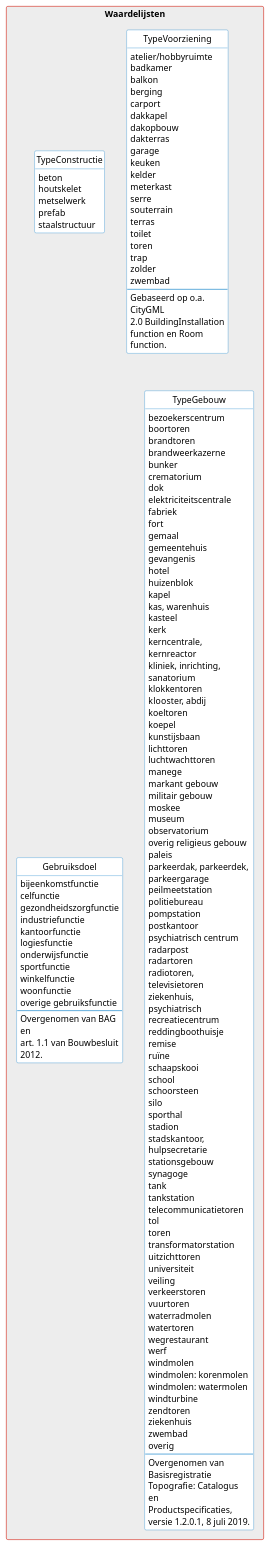
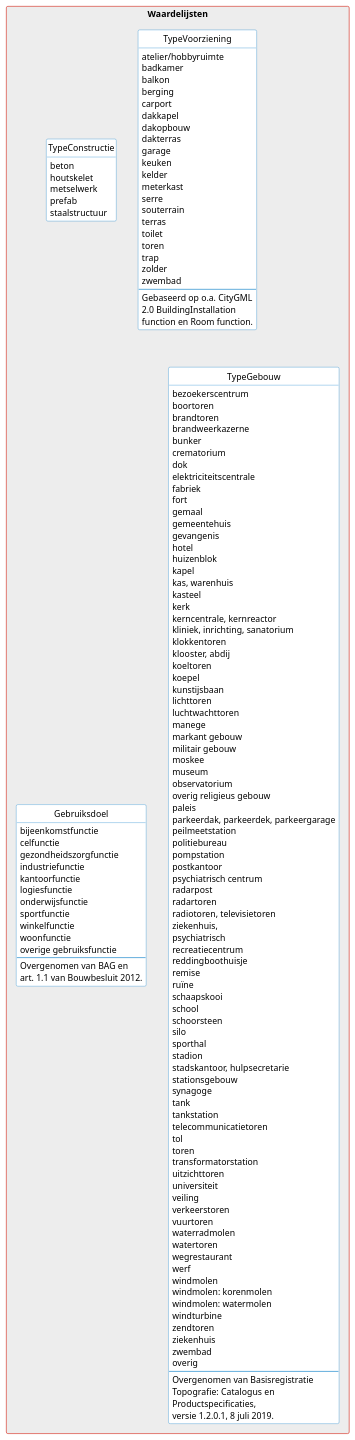
One commit to geobasisregistraties/werkgroep-bouwwerken changed the diagram in model/waardelijsten.puml. Above: the diagram before and after it, drawn with PlantUML.

```diff
--- a/model/waardelijsten.puml
+++ b/model/waardelijsten.puml
@@ -29,7 +29,7 @@
 ' skinparam linetype polyline
 ' --------^-^-^-^-^-^-^-^--------
 
-skinparam WrapWidth 165
+' skinparam WrapWidth 165
 
 skinparam Shadowing false
 
```
